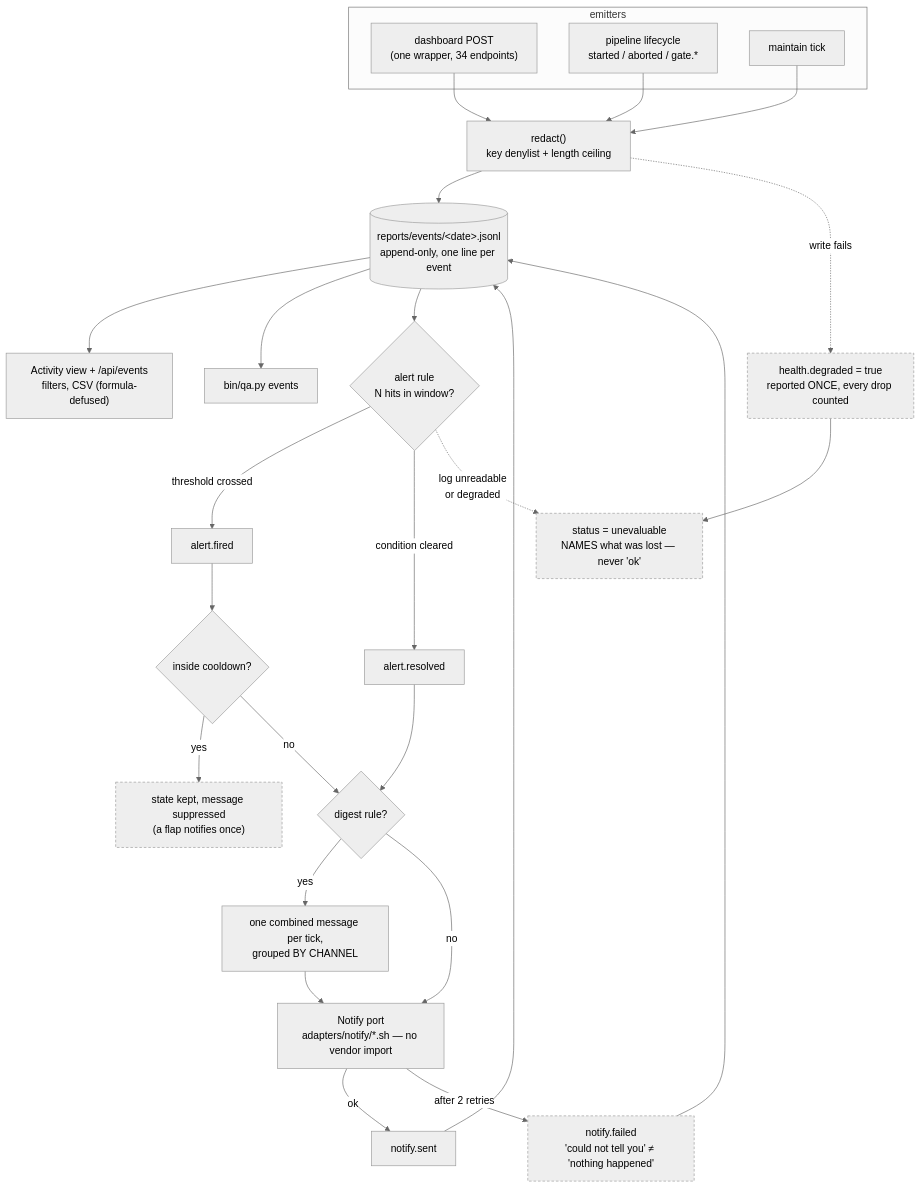
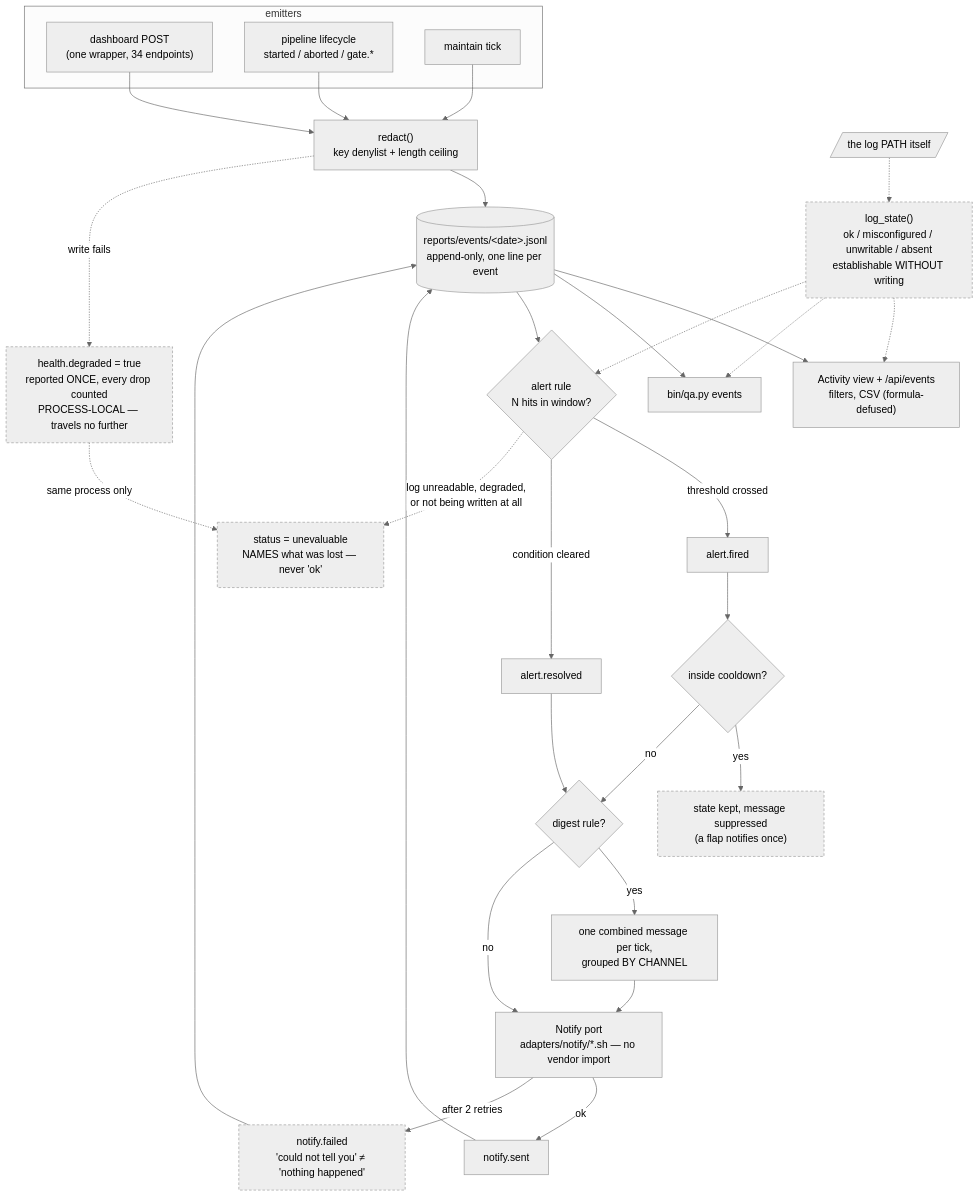
Diagram 19 of 25 in docs/diagrams.md (anandtopu/auto-tests-gen), drawn with Mermaid (neutral theme) before and after one commit. The commit also changed other lines of this file and 2 other files, not shown here.

Commit message:
The observability diagram drew a path that only exists inside one process
Diagram 19 had `DEG --> UNEV` as a plain edge — the writer's degradation
flag reaching the alert evaluator. It does not cross processes, so the
picture told a reader the evaluator was already informed. Second diagram
in three iterations found documenting the defect rather than the design.

It now shows the flag as process-local and the log_state() path the three
readers actually consult; the claim is pinned inside the mermaid fence.

The pin's first version scanned the whole section and failed on unmutated
code, because the prose beneath the diagram quotes the old edge while
explaining it. That produced a FALSE KILL: four mutations "killed", the
control "survived" — indistinguishable from a clean pass, since a suite
that always fails kills everything. A must-survive control proves the
harness ran, not that the baseline was green; assert both.

4/4 killed after correcting three invalid mutations.

````diff
--- a/docs/diagrams.md
+++ b/docs/diagrams.md
@@ -577,37 +577,42 @@
 ```mermaid
 flowchart TD
   subgraph SRC["emitters"]
     UI["dashboard POST<br/>(one wrapper, 34 endpoints)"]
     PIPE["pipeline lifecycle<br/>started / aborted / gate.*"]
     CRON["maintain tick"]
   end
   UI --> RED["redact()<br/>key denylist + length ceiling"]
   PIPE --> RED
   CRON --> RED
   RED --> LOG[("reports/events/&lt;date&gt;.jsonl<br/>append-only, one line per event")]
-  RED -.->|"write fails"| DEG["health.degraded = true<br/>reported ONCE, every drop counted"]
+  RED -.->|"write fails"| DEG["health.degraded = true<br/>reported ONCE, every drop counted<br/>PROCESS-LOCAL — travels no further"]
 
   LOG --> VIEW["Activity view + /api/events<br/>filters, CSV (formula-defused)"]
   LOG --> CLI["bin/qa.py events"]
   LOG --> EVAL{"alert rule<br/>N hits in window?"}
 
+  PATH[/"the log PATH itself"/] -.-> LS["log_state()<br/>ok / misconfigured / unwritable / absent<br/>establishable WITHOUT writing"]
+  LS -.-> VIEW
+  LS -.-> CLI
+  LS -.-> EVAL
+
   EVAL -->|"threshold crossed"| FIRE["alert.fired"]
   EVAL -->|"condition cleared"| RES["alert.resolved"]
-  EVAL -.->|"log unreadable<br/>or degraded"| UNEV["status = unevaluable<br/>NAMES what was lost — never 'ok'"]
+  EVAL -.->|"log unreadable, degraded,<br/>or not being written at all"| UNEV["status = unevaluable<br/>NAMES what was lost — never 'ok'"]
 
   FIRE --> CD{"inside cooldown?"}
   CD -->|yes| HOLD["state kept, message suppressed<br/>(a flap notifies once)"]
   CD -->|no| DIG{"digest rule?"}
   RES --> DIG
   DIG -->|yes| BATCH["one combined message per tick,<br/>grouped BY CHANNEL"]
   DIG -->|no| SEND
   BATCH --> SEND["Notify port<br/>adapters/notify/*.sh — no vendor import"]
   SEND -->|"ok"| OKE["notify.sent"]
   SEND -->|"after 2 retries"| FAILE["notify.failed<br/>'could not tell you' ≠ 'nothing happened'"]
   OKE --> LOG
   FAILE --> LOG
-  DEG --> UNEV
+  DEG -.->|"same process only"| UNEV
 
   classDef honest stroke-dasharray: 4 3;
-  class DEG,UNEV,FAILE,HOLD honest;
+  class DEG,UNEV,FAILE,HOLD,LS honest;
 ```
````
